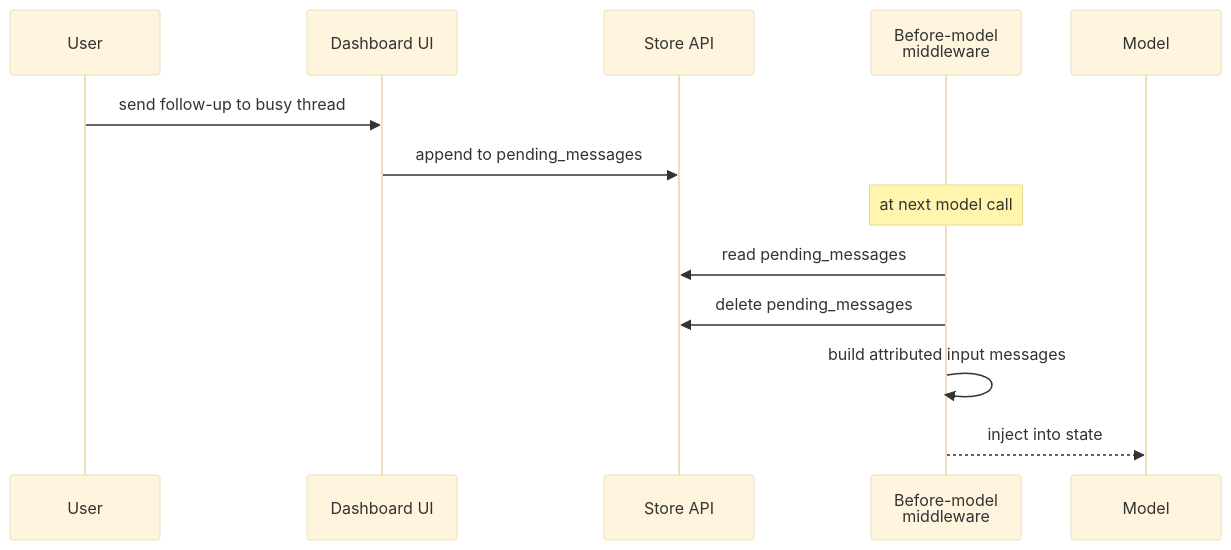
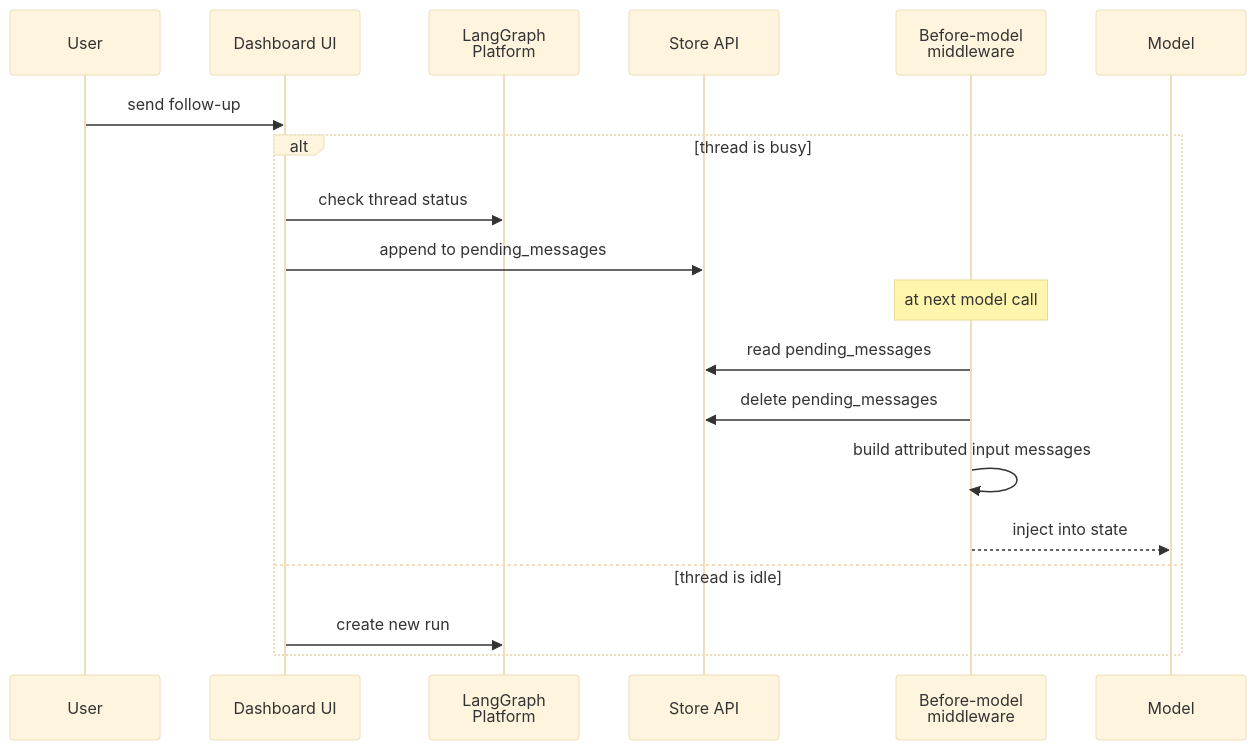
One commit to langchain-ai/open-swe changed the diagram in openwiki/workflows/follow-up-messages.md. Above: the diagram before and after it, drawn with Mermaid (base theme). The commit also changed other lines of this file and 44 other files, not shown here.

````diff
--- a/openwiki/workflows/follow-up-messages.md
+++ b/openwiki/workflows/follow-up-messages.md
@@ -74,16 +76,22 @@
 ```mermaid
 sequenceDiagram
     participant User
     participant Dashboard as Dashboard UI
+    participant LangGraph as LangGraph<br/>Platform
     participant Store as Store API
     participant Middleware as Before-model<br/>middleware
     participant Model
 
-    User->>Dashboard: send follow-up to busy thread
-    Dashboard->>Store: append to pending_messages
-    Note over Middleware: at next model call
-    Middleware->>Store: read pending_messages
-    Middleware->>Store: delete pending_messages
-    Middleware->>Middleware: build attributed input messages
-    Middleware-->>Model: inject into state
+    User->>Dashboard: send follow-up
+    alt thread is busy
+        Dashboard->>LangGraph: check thread status
+        Dashboard->>Store: append to pending_messages
+        Note over Middleware: at next model call
+        Middleware->>Store: read pending_messages
+        Middleware->>Store: delete pending_messages
+        Middleware->>Middleware: build attributed input messages
+        Middleware-->>Model: inject into state
+    else thread is idle
+        Dashboard->>LangGraph: create new run
+    end
 ```
````
